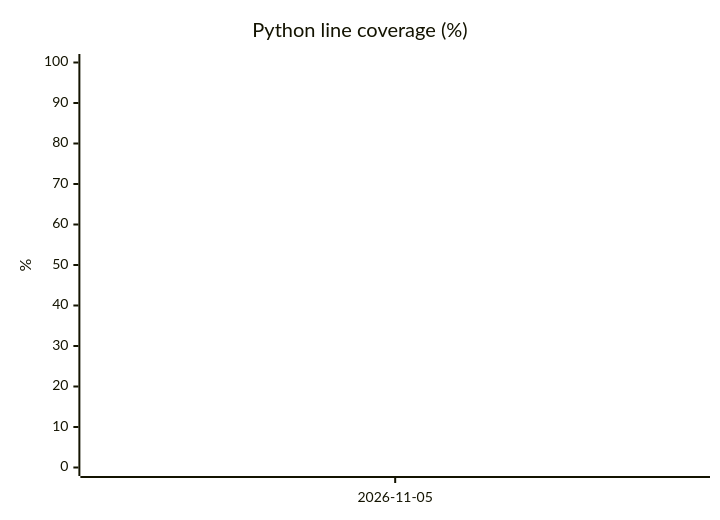
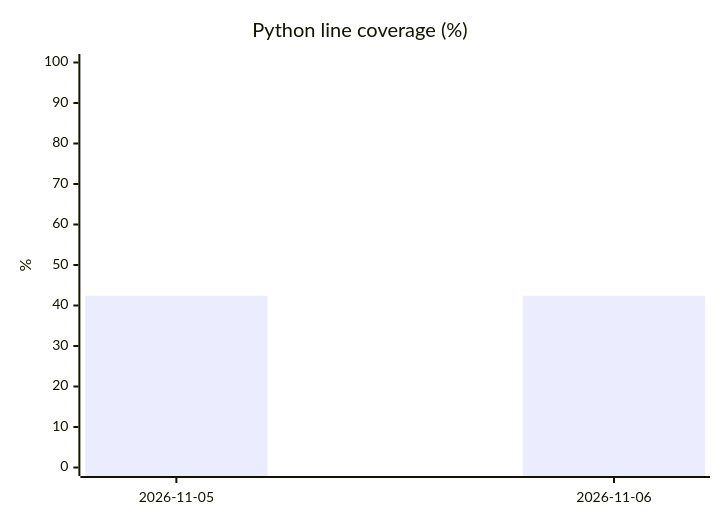
One commit to SCIInstitute/ShapeWorks changed the third of 3 diagrams in README.md. Above: the diagram before and after it, drawn with Mermaid. The commit also changed other lines of this file and 1 other file, not shown here.

````diff
--- a/README.md
+++ b/README.md
@@ -31,7 +31,7 @@
 ```mermaid
 xychart-beta
     title "Python line coverage (%)"
-    x-axis ["2026-11-05"]
+    x-axis ["2026-11-05", "2026-11-06"]
     y-axis "%" 0 --> 100
-    line [42.4]
+    bar [42.4, 42.4]
 ```
````
